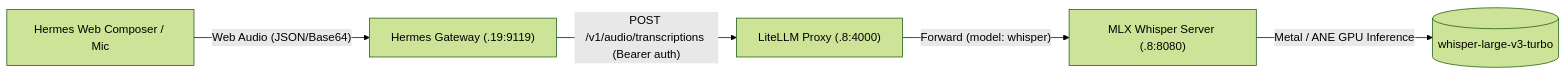
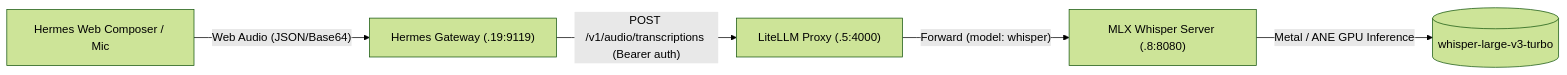
The diagram in .agents/skills/mlx-whisper/SKILL.md (shawnvega/server-maintenance), drawn with Mermaid (forest theme) before and after one commit. The commit also changed other lines of this file and 19 other files, not shown here.

Commit message:
Migrate LiteLLM AI Gateway to Raspberry Pi 5 with macOS PF firewall protection

````diff
--- a/.agents/skills/mlx-whisper/SKILL.md
+++ b/.agents/skills/mlx-whisper/SKILL.md
@@ -17,7 +17,7 @@
 ```mermaid
 flowchart LR
     Browser["Hermes Web Composer / Mic"] -->|"Web Audio (JSON/Base64)"| Gateway["Hermes Gateway (.19:9119)"]
-    Gateway -->|"POST /v1/audio/transcriptions (Bearer auth)"| LiteLLM["LiteLLM Proxy (.8:4000)"]
+    Gateway -->|"POST /v1/audio/transcriptions (Bearer auth)"| LiteLLM["LiteLLM Proxy (.5:4000)"]
     LiteLLM -->|"Forward (model: whisper)"| MLX["MLX Whisper Server (.8:8080)"]
     MLX -->|"Metal / ANE GPU Inference"| Model[("whisper-large-v3-turbo")]
 ```
````
